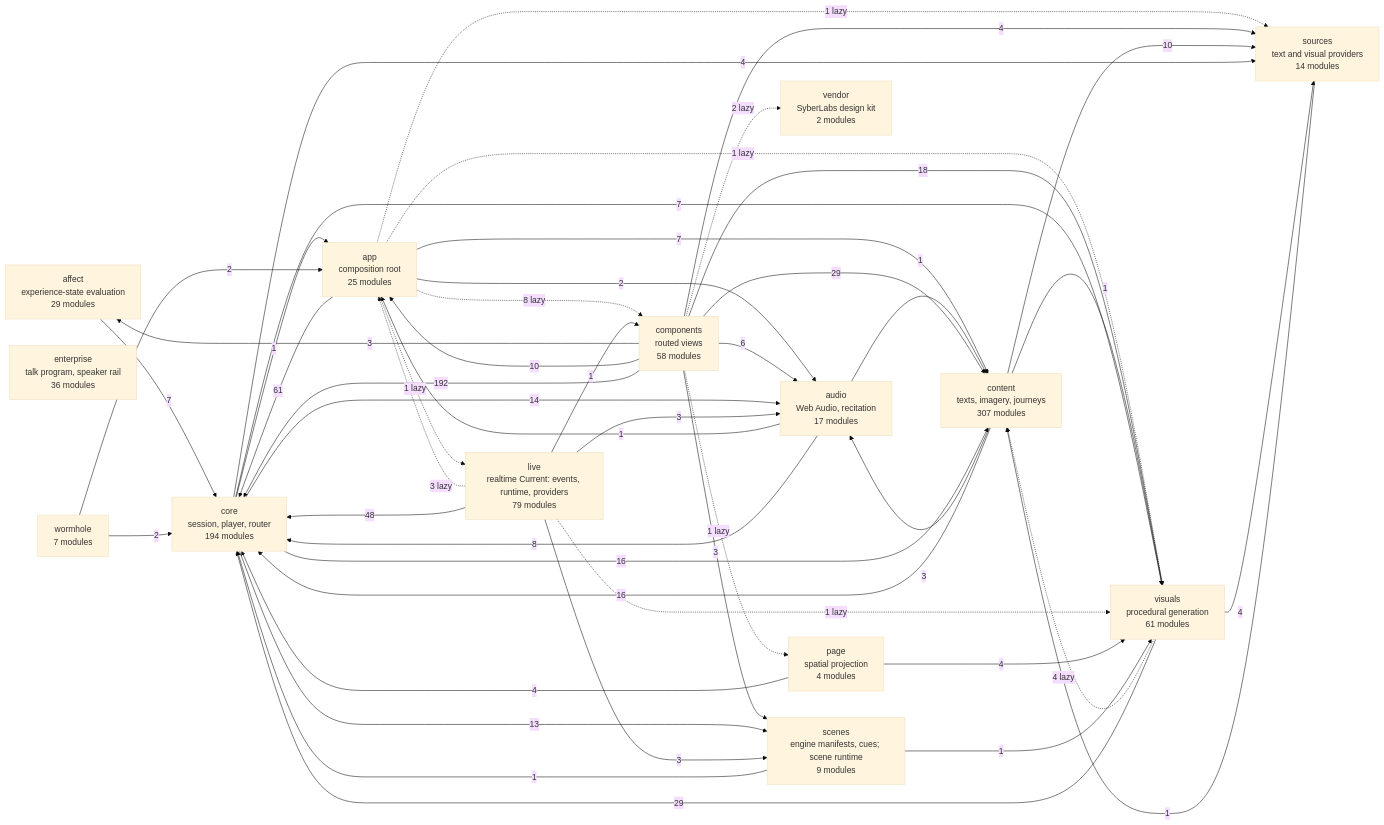
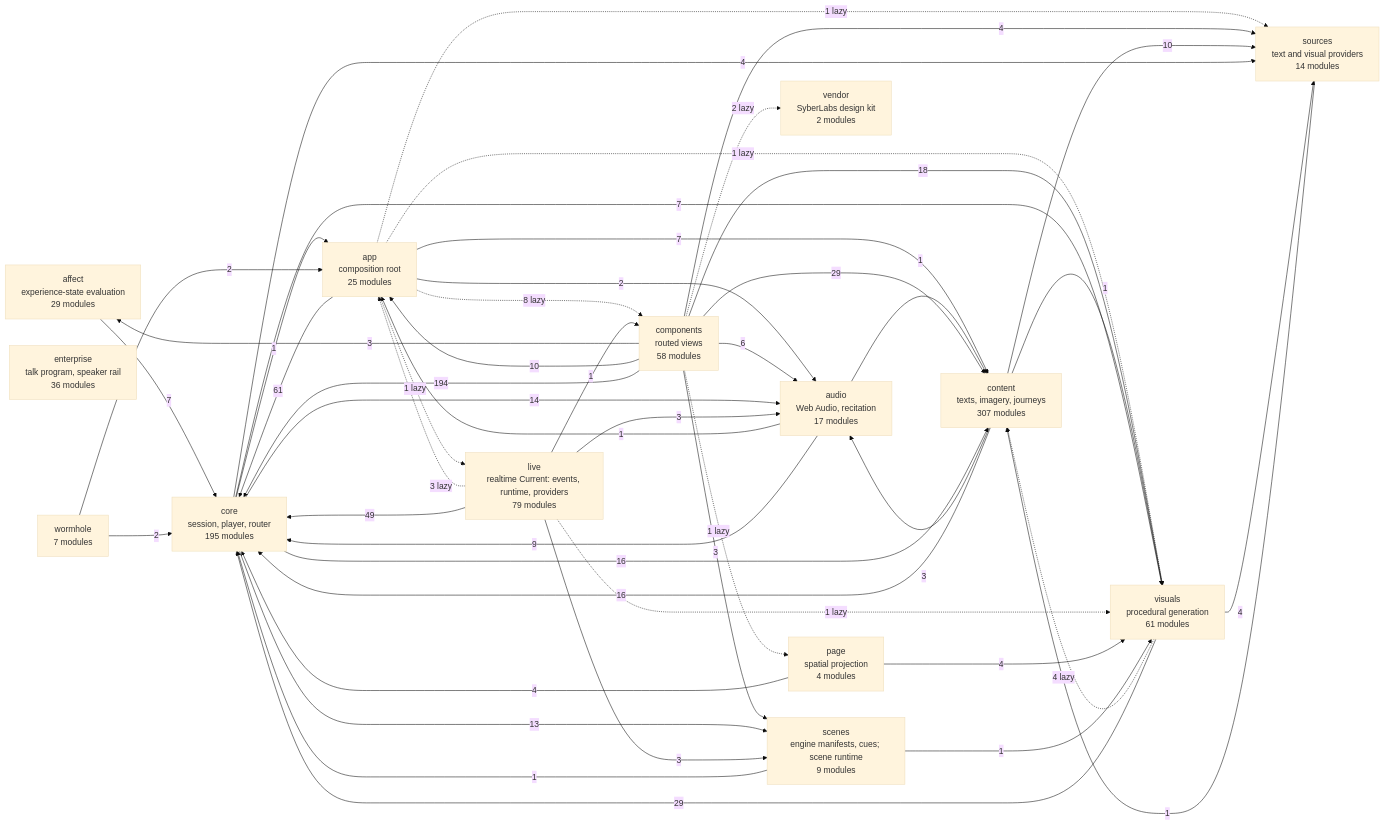
One commit to SyberLabs/RISE changed the diagram in docs/specs/ARCHITECTURE.md. Above: the diagram before and after it, drawn with Mermaid (base theme). The commit also changed 24 other files, not shown here.

````diff
--- a/docs/specs/ARCHITECTURE.md
+++ b/docs/specs/ARCHITECTURE.md
@@ -161,65 +161,65 @@
 ```mermaid
 flowchart LR
     affect["affect<br/>experience-state evaluation<br/>29 modules"]
     app["app<br/>composition root<br/>25 modules"]
     audio["audio<br/>Web Audio, recitation<br/>17 modules"]
     components["components<br/>routed views<br/>58 modules"]
     content["content<br/>texts, imagery, journeys<br/>307 modules"]
-    core["core<br/>session, player, router<br/>194 modules"]
+    core["core<br/>session, player, router<br/>195 modules"]
     enterprise["enterprise<br/>talk program, speaker rail<br/>36 modules"]
     live["live<br/>realtime Current: events, runtime, providers<br/>79 modules"]
     page["page<br/>spatial projection<br/>4 modules"]
     scenes["scenes<br/>engine manifests, cues; scene runtime<br/>9 modules"]
     sources["sources<br/>text and visual providers<br/>14 modules"]
     vendor["vendor<br/>SyberLabs design kit<br/>2 modules"]
     visuals["visuals<br/>procedural generation<br/>61 modules"]
     wormhole["wormhole<br/>7 modules"]
 
     affect --> |7| core
     app --> |2| audio
     app -.-> |8 lazy| components
     app --> |7| content
     app --> |61| core
     app -.-> |1 lazy| live
     app -.-> |1 lazy| sources
     app -.-> |1 lazy| visuals
     audio --> |1| app
     audio --> |1| content
-    audio --> |8| core
+    audio --> |9| core
     components --> |3| affect
     components --> |10| app
     components --> |6| audio
     components --> |29| content
-    components --> |192| core
+    components --> |194| core
     components -.-> |1 lazy| page
     components --> |3| scenes
     components --> |4| sources
     components -.-> |2 lazy| vendor
     components --> |18| visuals
     content --> |3| audio
     content --> |16| core
     content --> |10| sources
     content --> |1| visuals
     core --> |1| app
     core --> |14| audio
     core --> |16| content
     core --> |13| scenes
     core --> |4| sources
     core --> |7| visuals
     live -.-> |3 lazy| app
     live --> |3| audio
     live --> |1| components
-    live --> |48| core
+    live --> |49| core
     live --> |3| scenes
     live -.-> |1 lazy| visuals
     page --> |4| core
     page --> |4| visuals
     scenes --> |1| core
     scenes --> |1| visuals
     sources --> |1| content
     visuals -.-> |4 lazy| content
     visuals --> |29| core
     visuals --> |4| sources
     wormhole --> |2| app
     wormhole --> |2| core
 ```
````
